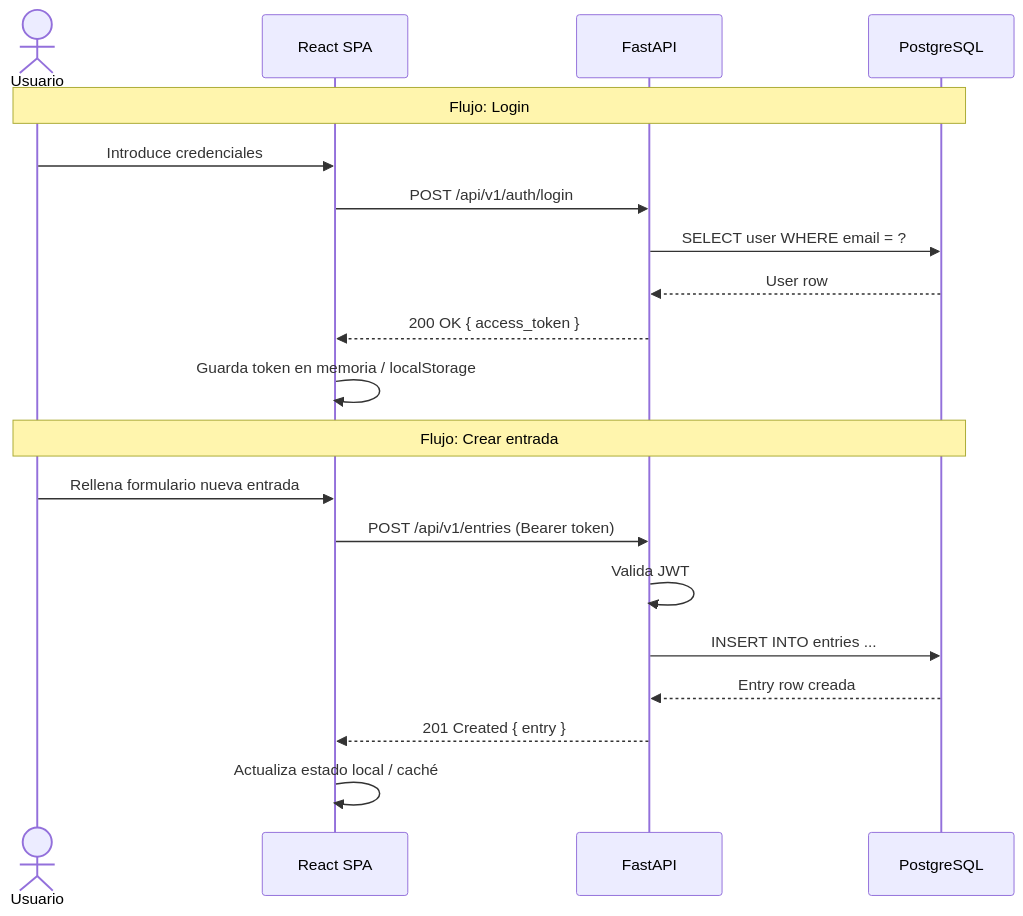
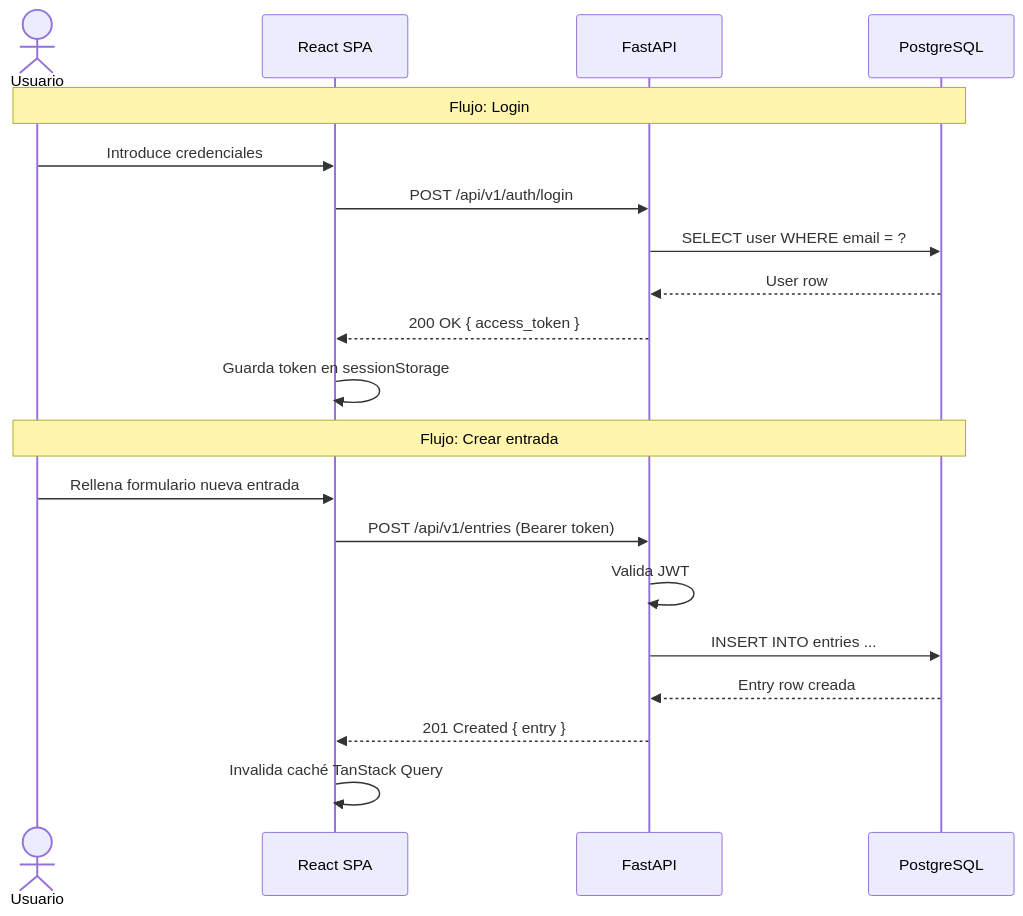
One commit to marmedsan6/GlyphLog changed the second of 2 diagrams in docs/architecture/overview.md. Above: the diagram before and after it, drawn with Mermaid. The commit also changed other lines of this file and 73 other files, not shown here.

````diff
--- a/docs/architecture/overview.md
+++ b/docs/architecture/overview.md
@@ -53,24 +58,24 @@
 ```mermaid
 sequenceDiagram
     actor Usuario
     participant SPA as React SPA
     participant API as FastAPI
     participant DB as PostgreSQL
 
     Note over Usuario, DB: Flujo: Login
     Usuario->>SPA: Introduce credenciales
     SPA->>API: POST /api/v1/auth/login
     API->>DB: SELECT user WHERE email = ?
     DB-->>API: User row
     API-->>SPA: 200 OK { access_token }
-    SPA->>SPA: Guarda token en memoria / localStorage
+    SPA->>SPA: Guarda token en sessionStorage
 
     Note over Usuario, DB: Flujo: Crear entrada
     Usuario->>SPA: Rellena formulario nueva entrada
     SPA->>API: POST /api/v1/entries (Bearer token)
     API->>API: Valida JWT
     API->>DB: INSERT INTO entries ...
     DB-->>API: Entry row creada
     API-->>SPA: 201 Created { entry }
-    SPA->>SPA: Actualiza estado local / caché
+    SPA->>SPA: Invalida caché TanStack Query
 ```
````
